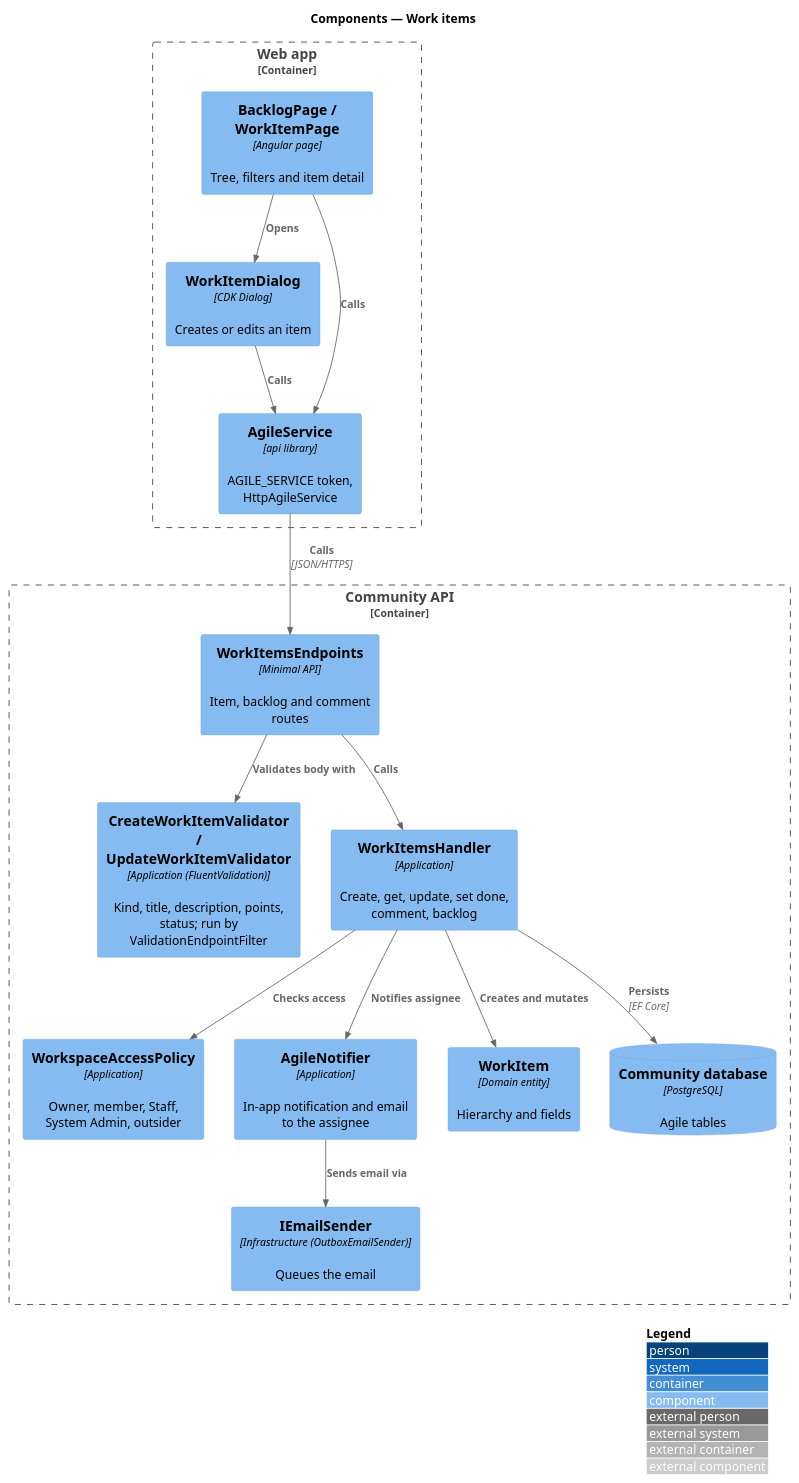
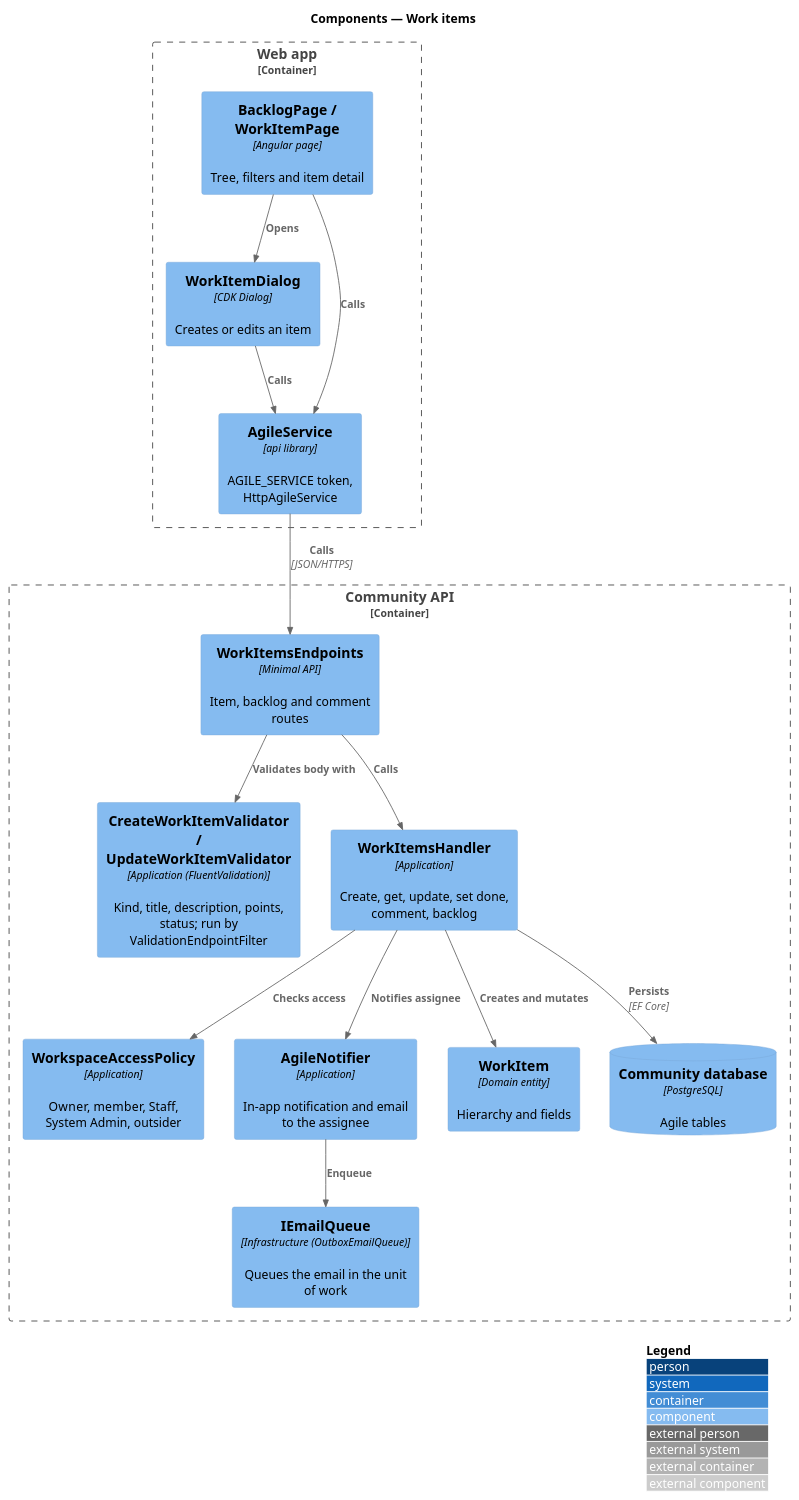
Before and after one commit to QuinntyneBrown/faithtech-community: the diagram in docs/detailed-designs/agile/work-items/diagrams/c4-component.puml, drawn with PlantUML. The commit also changed 50 other files, not shown here.

```diff
--- a/docs/detailed-designs/agile/work-items/diagrams/c4-component.puml
+++ b/docs/detailed-designs/agile/work-items/diagrams/c4-component.puml
@@ -1,33 +1,33 @@
 @startuml
 !include <C4/C4_Component>
 LAYOUT_WITH_LEGEND()
 title Components — Work items
 
 Container_Boundary(web, "Web app") {
   Component(page, "BacklogPage / WorkItemPage", "Angular page", "Tree, filters and item detail")
   Component(dlg, "WorkItemDialog", "CDK Dialog", "Creates or edits an item")
   Component(svc, "AgileService", "api library", "AGILE_SERVICE token, HttpAgileService")
 }
 Container_Boundary(api, "Community API") {
   Component(ep, "WorkItemsEndpoints", "Minimal API", "Item, backlog and comment routes")
   Component(val, "CreateWorkItemValidator / UpdateWorkItemValidator", "Application (FluentValidation)", "Kind, title, description, points, status; run by ValidationEndpointFilter")
   Component(h, "WorkItemsHandler", "Application", "Create, get, update, set done, comment, backlog")
   Component(pol, "WorkspaceAccessPolicy", "Application", "Owner, member, Staff, System Admin, outsider")
   Component(ntf, "AgileNotifier", "Application", "In-app notification and email to the assignee")
   Component(ent, "WorkItem", "Domain entity", "Hierarchy and fields")
-  Component(mail, "IEmailSender", "Infrastructure (OutboxEmailSender)", "Queues the email")
+  Component(mail, "IEmailQueue", "Infrastructure (OutboxEmailQueue)", "Queues the email in the unit of work")
   ComponentDb(db, "Community database", "PostgreSQL", "Agile tables")
 }
 
 Rel(page, dlg, "Opens")
 Rel(page, svc, "Calls")
 Rel(dlg, svc, "Calls")
 Rel(svc, ep, "Calls", "JSON/HTTPS")
 Rel(ep, val, "Validates body with")
 Rel(ep, h, "Calls")
 Rel(h, pol, "Checks access")
 Rel(h, ent, "Creates and mutates")
 Rel(h, ntf, "Notifies assignee")
-Rel(ntf, mail, "Sends email via")
+Rel(ntf, mail, "Enqueue")
 Rel(h, db, "Persists", "EF Core")
 @enduml
```
